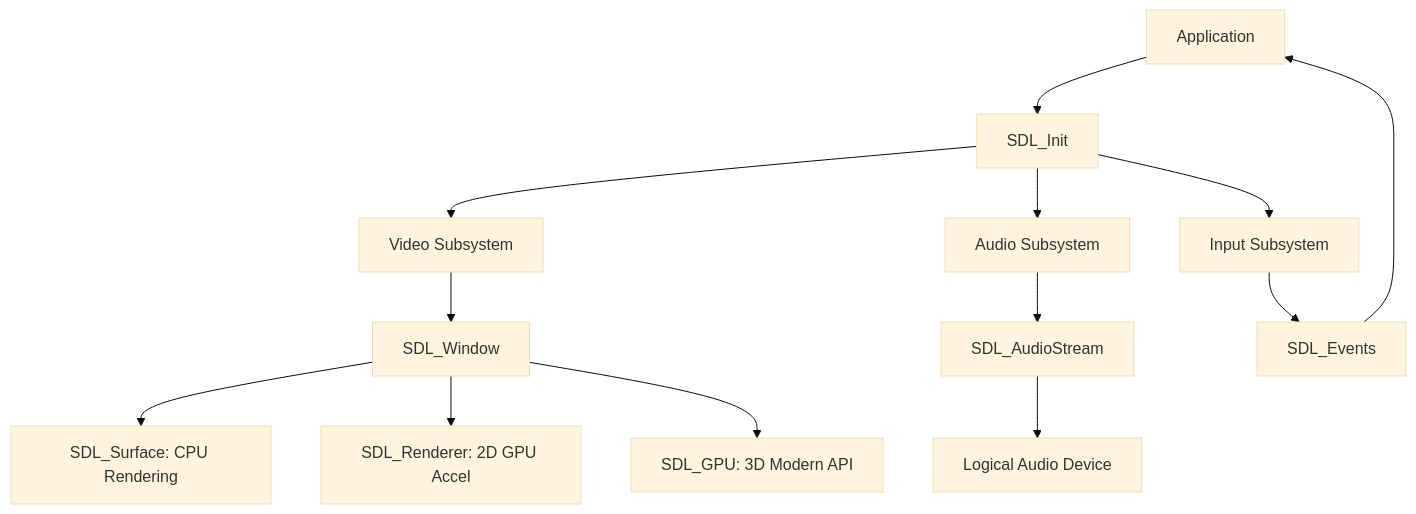
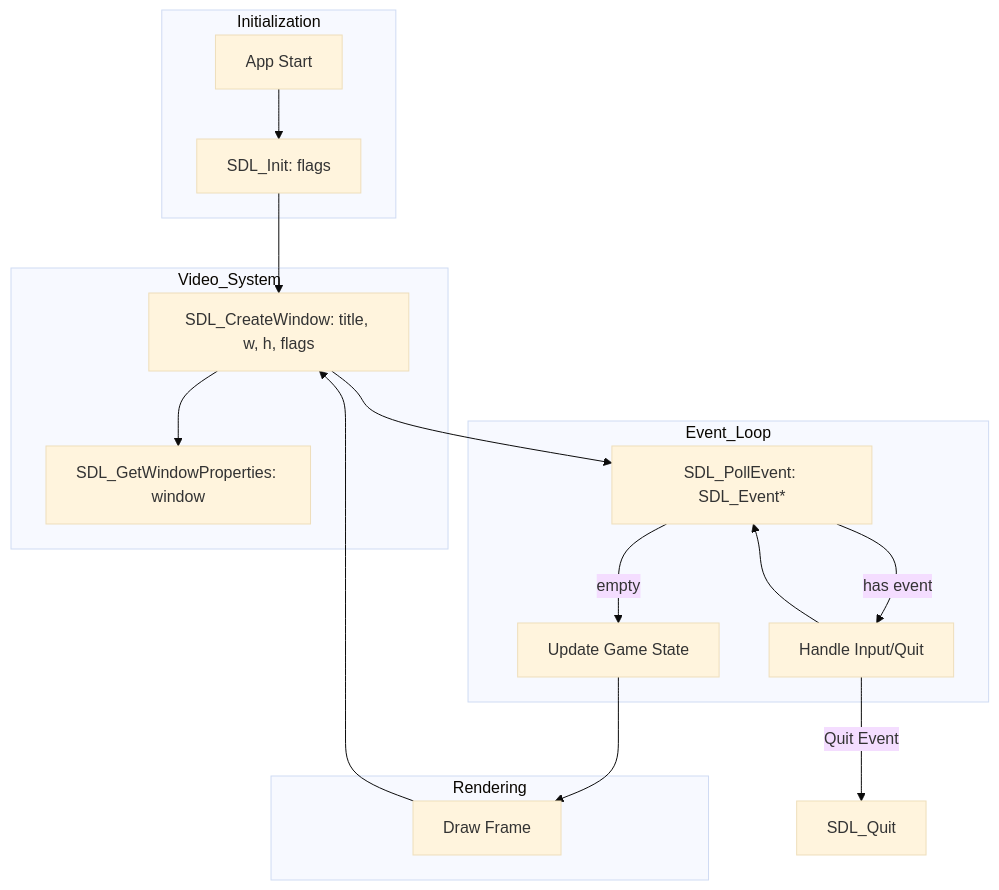
Before and after one commit to Nebulavenus/sdl3-odin-quickdocs: the diagram in extra/index.md, drawn with Mermaid (base theme). The commit also changed other lines of this file and 4 other files, not shown here.

Commit message:
Working mermaid

````diff
--- a/extra/index.md
+++ b/extra/index.md
@@ -7,18 +7,25 @@
 ```mermaid
 graph TD
-    App[Application] --> Init[SDL_Init]
-    Init --> Video[Video Subsystem]
-    Init --> Audio[Audio Subsystem]
-    Init --> Input[Input Subsystem]
-    
-    Video --> Window[SDL_Window]
-    Window --> Surface[SDL_Surface: CPU Rendering]
-    Window --> Renderer[SDL_Renderer: 2D GPU Accel]
-    Window --> GPU[SDL_GPU: 3D Modern API]
-    
-    Input --> Events[SDL_Events]
-    Events --> App
-    
-    Audio --> Stream[SDL_AudioStream]
-    Stream --> Device[Logical Audio Device]
+    subgraph Initialization
+        Start[App Start] --> Init[SDL_Init: flags]
+    end
+
+    subgraph Video_System
+        Init --> Win[SDL_CreateWindow: title, w, h, flags]
+        Win --> Props[SDL_GetWindowProperties: window]
+    end
+
+    subgraph Event_Loop
+        Win --> Poll[SDL_PollEvent: SDL_Event*]
+        Poll -- has event --> Handle[Handle Input/Quit]
+        Handle --> Poll
+        Poll -- empty --> Update[Update Game State]
+    end
+
+    subgraph Rendering
+        Update --> Render[Draw Frame]
+        Render --> Win
+    end
+
+    Handle -- Quit Event --> Quit[SDL_Quit]
 ```
````
